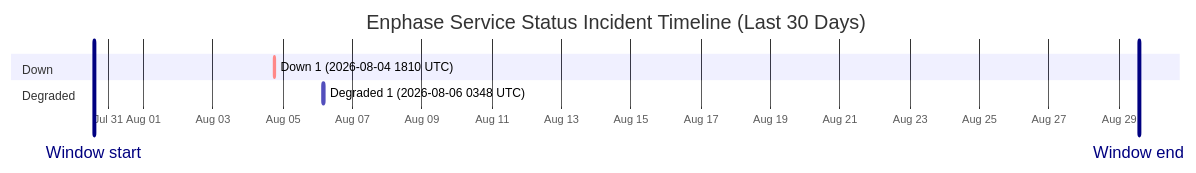
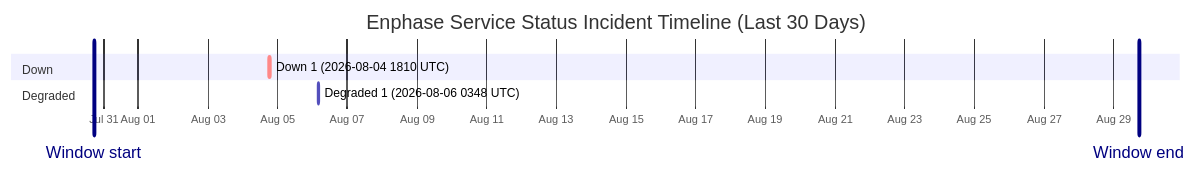
One commit to barneyonline/ha-enphase-energy changed the diagram in wiki/Service-Status-History.md. Above: the diagram before and after it, drawn with Mermaid. The commit also changed other lines of this file and 3 other files, not shown here.

````diff
--- a/wiki/Service-Status-History.md
+++ b/wiki/Service-Status-History.md
@@ -14,12 +14,12 @@
 ```mermaid
 gantt
     title Enphase Service Status Incident Timeline (Last 30 Days)
     dateFormat  YYYY-MM-DDTHH:mm:ss
     axisFormat  %b %d
-    Window start :vert, window-start, 2026-07-30T13:56:08, 0ms
-    Window end :vert, window-end, 2026-08-29T13:56:08, 0ms
+    Window start :vert, window-start, 2026-07-30T17:31:47, 0ms
+    Window end :vert, window-end, 2026-08-29T17:31:47, 0ms
     section Down
     Down 1 (2026-08-04 1810 UTC) :crit, down-1, 2026-08-04T18:10:46, 60m
     section Degraded
     Degraded 1 (2026-08-06 0348 UTC) :active, degraded-1, 2026-08-06T03:48:14, 60m
 ```
````
